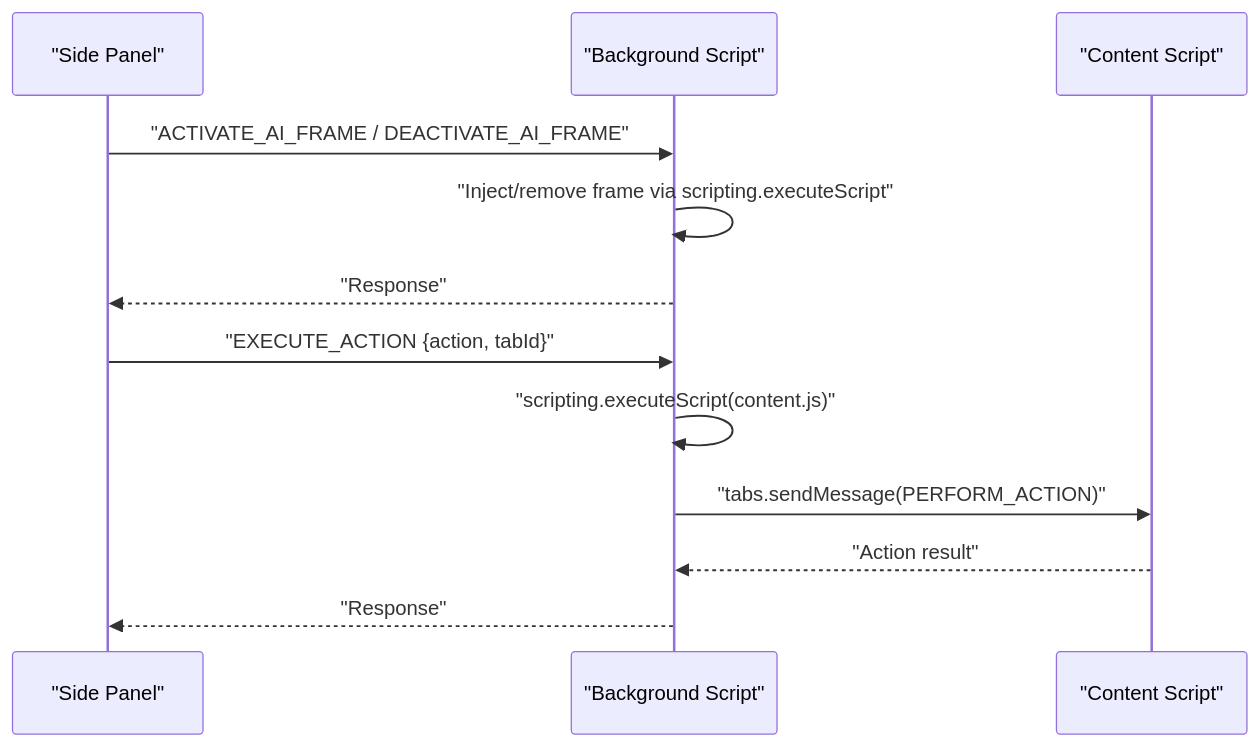
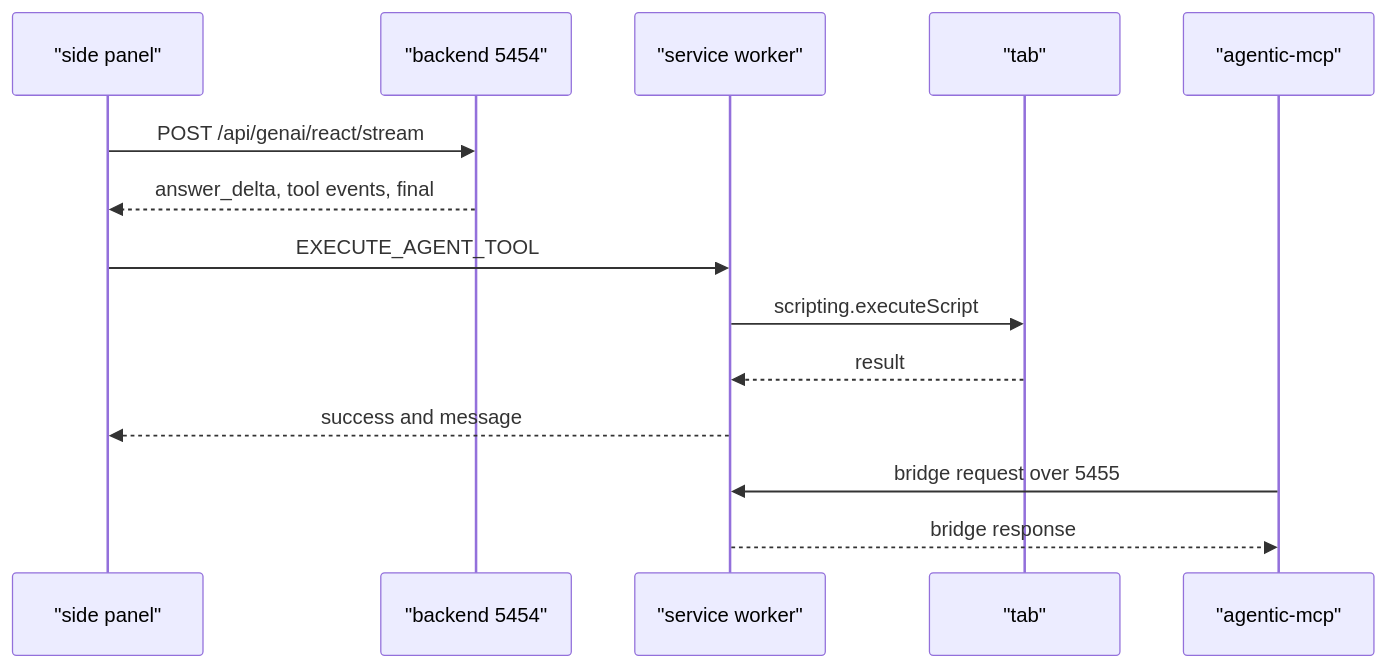
One commit to tashifkhan/tashif.codes changed the fourth of 4 diagrams in src/data/docs/agentic-browser/Browser Extension/Browser Extension.md. Above: the diagram before and after it, drawn with Mermaid. The commit also changed other lines of this file and 114 other files, not shown here.

````diff
--- a/src/data/docs/agentic-browser/Browser Extension/Browser Extension.md
+++ b/src/data/docs/agentic-browser/Browser Extension/Browser Extension.md
@@ -187,14 +135,17 @@
 ```mermaid
 sequenceDiagram
-participant SP as "Side Panel"
-participant BG as "Background Script"
-participant CS as "Content Script"
-SP->>BG : "ACTIVATE_AI_FRAME / DEACTIVATE_AI_FRAME"
-BG->>BG : "Inject/remove frame via scripting.executeScript"
-BG-->>SP : "Response"
-SP->>BG : "EXECUTE_ACTION {action, tabId}"
-BG->>BG : "scripting.executeScript(content.js)"
-BG->>CS : "tabs.sendMessage(PERFORM_ACTION)"
-CS-->>BG : "Action result"
-BG-->>SP : "Response"
+  participant Panel as "side panel"
+  participant API as "backend 5454"
+  participant BG as "service worker"
+  participant Page as "tab"
+  participant MCP as "agentic-mcp"
+
+  Panel->>API: POST /api/genai/react/stream
+  API-->>Panel: answer_delta, tool events, final
+  Panel->>BG: EXECUTE_AGENT_TOOL
+  BG->>Page: scripting.executeScript
+  Page-->>BG: result
+  BG-->>Panel: success and message
+  MCP->>BG: bridge request over 5455
+  BG-->>MCP: bridge response
 ```
````
